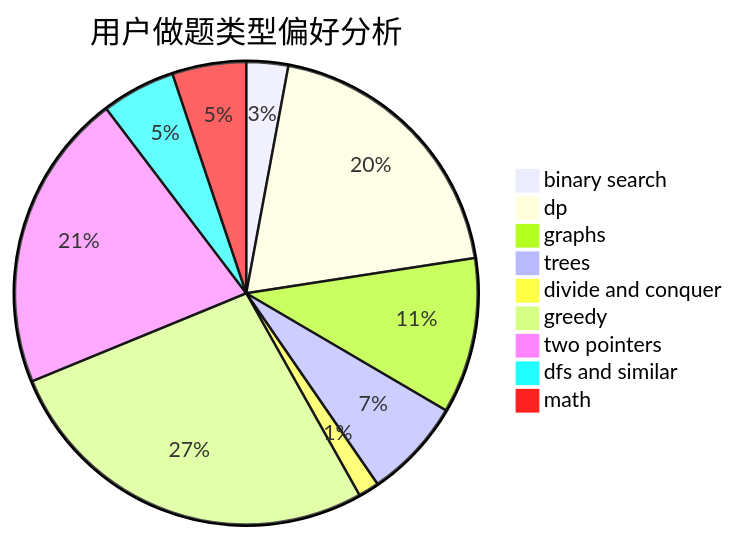
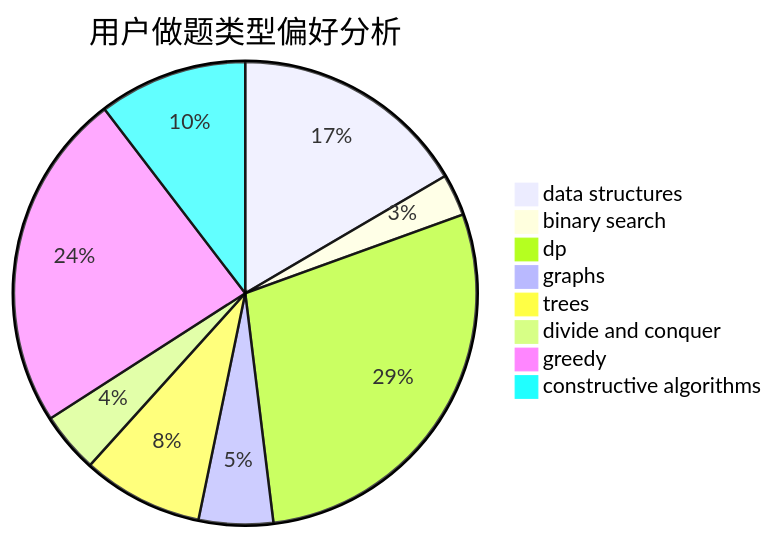
The second of 3 diagrams in docs/user/u1747.md (sherpahu/cfrs.github.io), drawn with Mermaid before and after one commit. The commit also changed other lines of this file and 2775 other files, not shown here.

````diff
--- a/docs/user/u1747.md
+++ b/docs/user/u1747.md
@@ -23,12 +23,11 @@
 ```mermaid
 pie title 用户做题类型偏好分析
-    "binary search" :  26
-    "dp" :  175
-    "graphs" :  97
-    "trees" :  62
+    "data structures" :  51
+    "binary search" :  9
+    "dp" :  88
+    "graphs" :  16
+    "trees" :  26
     "divide and conquer" :  13
-    "greedy" :  240
-    "two pointers" :  186
-    "dfs and similar" :  46
-    "math" :  46
+    "greedy" :  73
+    "constructive algorithms" :  32
 ```
````
